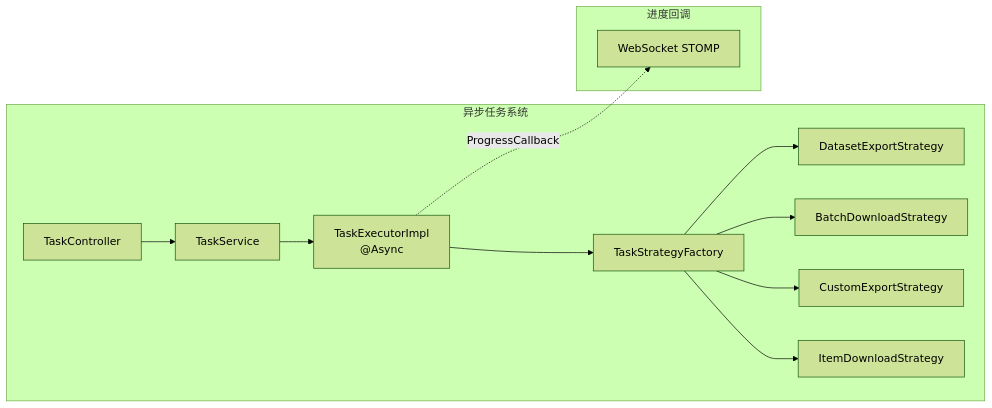
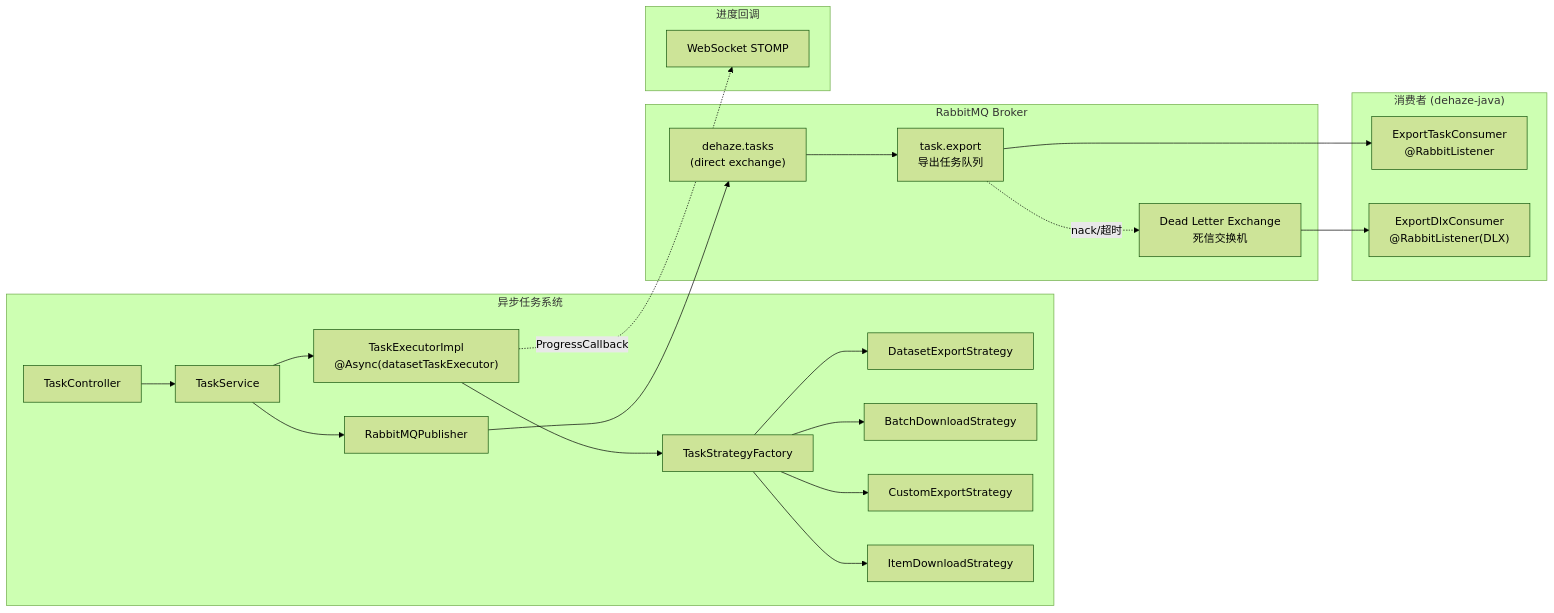
One commit to earthy-zinc/dehaze-system changed the seventh of 14 diagrams in dehaze-doc/docs/02-系统架构/09-后端基础设施设计(Java).md. Above: the diagram before and after it, drawn with Mermaid (forest theme). The commit also changed other lines of this file and 19 other files, not shown here.

````diff
--- a/dehaze-doc/docs/02-系统架构/09-后端基础设施设计(Java).md
+++ b/dehaze-doc/docs/02-系统架构/09-后端基础设施设计(Java).md
@@ -526,18 +548,32 @@
 ```mermaid
 flowchart LR
     subgraph TaskSystem["异步任务系统"]
         Controller["TaskController"] --> TaskService
-        TaskService --> TaskExecutor["TaskExecutorImpl<br/>@Async"]
+        TaskService --> TaskExecutor["TaskExecutorImpl<br/>@Async(datasetTaskExecutor)"]
+        TaskService --> Publisher["RabbitMQPublisher"]
         TaskExecutor --> Factory["TaskStrategyFactory"]
         Factory --> S1["DatasetExportStrategy"]
         Factory --> S2["BatchDownloadStrategy"]
         Factory --> S3["CustomExportStrategy"]
         Factory --> S4["ItemDownloadStrategy"]
     end
 
+    subgraph MQ["RabbitMQ Broker"]
+        Exchange["dehaze.tasks<br/>(direct exchange)"]
+        Q1["task.export<br/>导出任务队列"]
+        DLX["Dead Letter Exchange<br/>死信交换机"]
+    end
+
+    subgraph Consumer["消费者 (dehaze-java)"]
+        ExportConsumer["ExportTaskConsumer<br/>@RabbitListener"]
+        DlxConsumer["ExportDlxConsumer<br/>@RabbitListener(DLX)"]
+    end
+
     subgraph Progress["进度回调"]
         WebSocket["WebSocket STOMP"]
     end
 
+    Publisher --> Exchange --> Q1 --> ExportConsumer
+    Q1 -.->|"nack/超时"| DLX --> DlxConsumer
     TaskExecutor -.->|"ProgressCallback"| WebSocket
 ```
````
